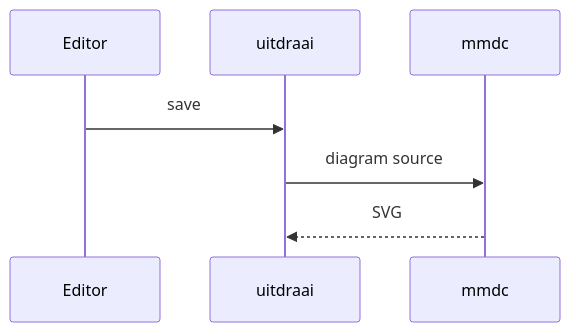
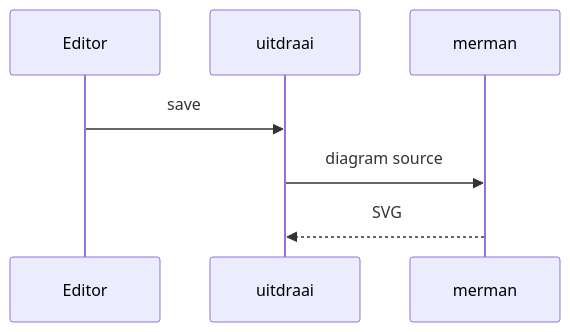
Before and after one commit to kjvdven/uitdraai: the second of 3 diagrams in tests/fixtures/mermaid.md, drawn with Mermaid. The commit also changed 5 other files, not shown here.

````diff
--- a/tests/fixtures/mermaid.md
+++ b/tests/fixtures/mermaid.md
@@ -10,6 +10,6 @@
 ```mermaid
 sequenceDiagram
     Editor->>uitdraai: save
-    uitdraai->>mmdc: diagram source
-    mmdc-->>uitdraai: SVG
+    uitdraai->>merman: diagram source
+    merman-->>uitdraai: SVG
 ```
````
